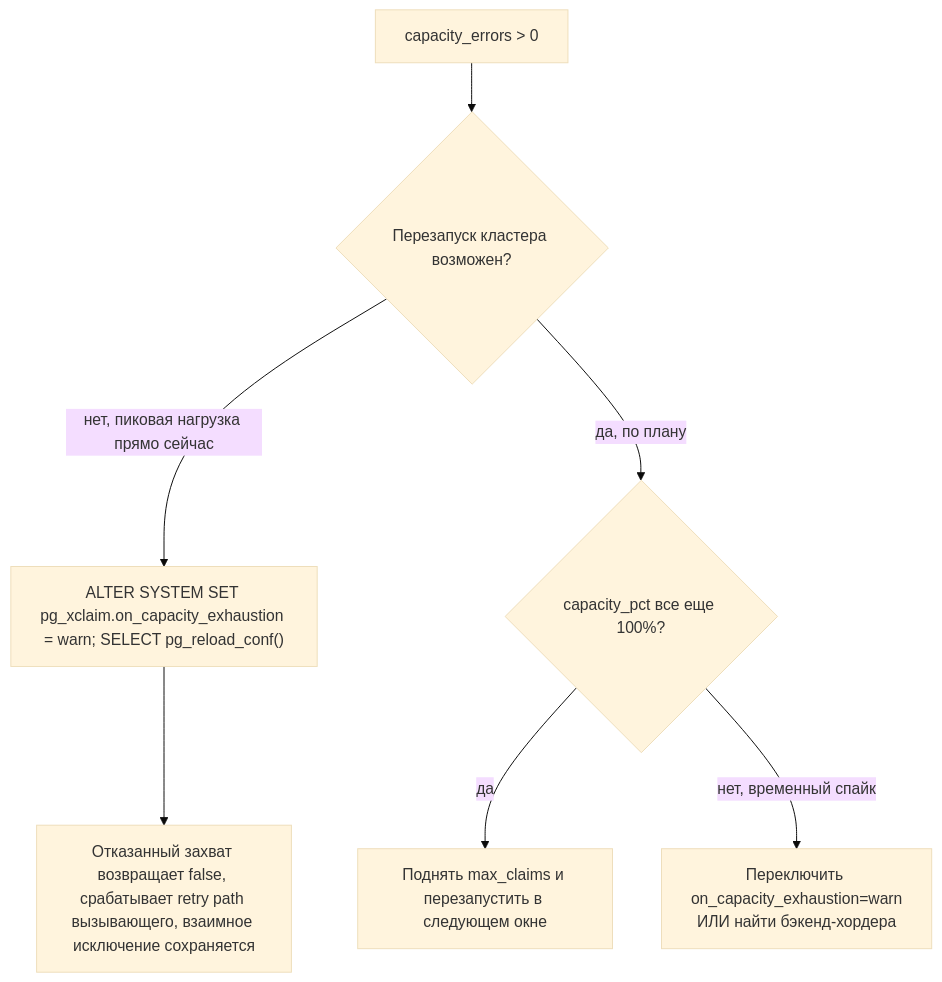
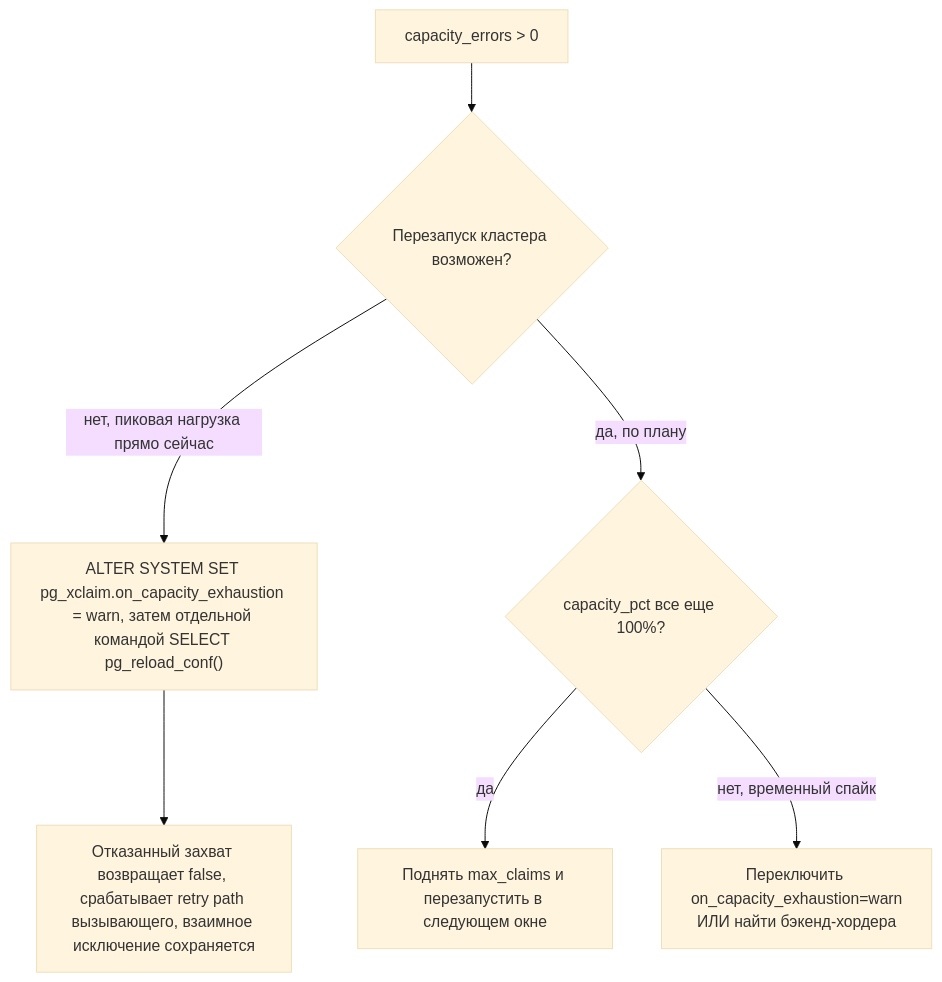
Before and after one commit to Fenoman/pg_xclaim: the second of 2 diagrams in docs/incident-decision-tree.md, drawn with Mermaid (base theme). The commit also changed other lines of this file and 70 other files, not shown here.

````diff
--- a/docs/incident-decision-tree.md
+++ b/docs/incident-decision-tree.md
@@ -170,9 +170,9 @@
 ```mermaid
 flowchart TD
     A[capacity_errors > 0] --> B{Перезапуск кластера возможен?}
-    B -- "нет, пиковая нагрузка прямо сейчас" --> C["ALTER SYSTEM SET pg_xclaim.on_capacity_exhaustion = warn; SELECT pg_reload_conf()"]
+    B -- "нет, пиковая нагрузка прямо сейчас" --> C["ALTER SYSTEM SET pg_xclaim.on_capacity_exhaustion = warn, затем отдельной командой SELECT pg_reload_conf()"]
     C --> C1[Отказанный захват возвращает false, срабатывает retry path вызывающего, взаимное исключение сохраняется]
     B -- "да, по плану" --> D{capacity_pct все еще 100%?}
     D -- "да" --> E[Поднять max_claims и перезапустить в следующем окне]
     D -- "нет, временный спайк" --> F[Переключить on_capacity_exhaustion=warn<br/>ИЛИ найти бэкенд-хордера]
 ```
````
